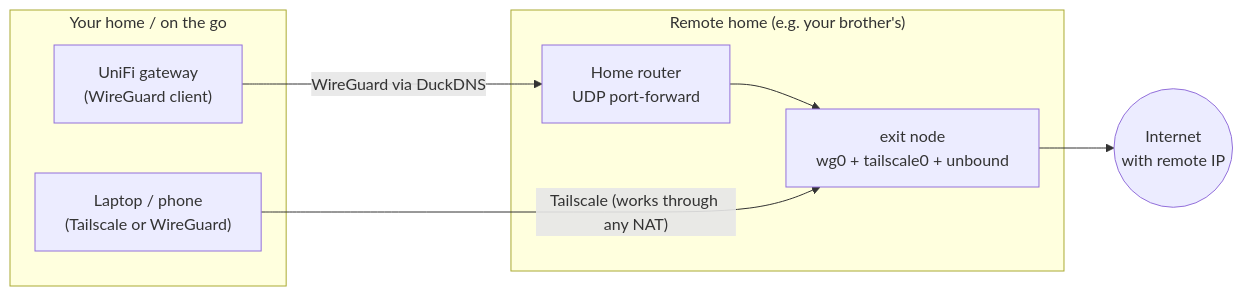
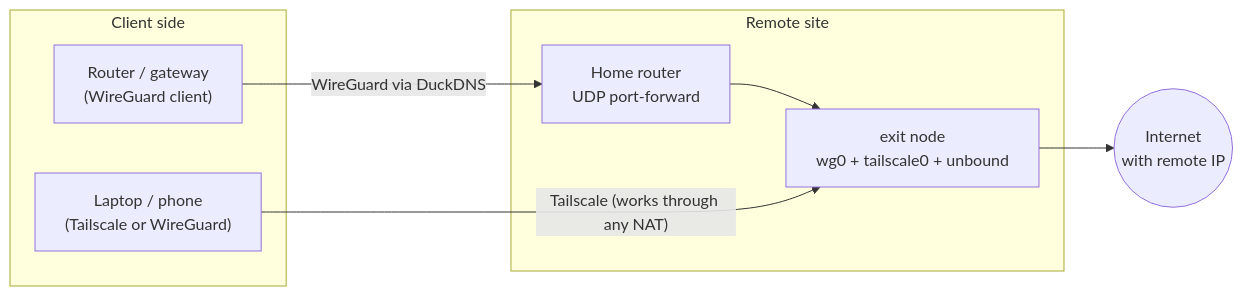
The diagram in README.md (sfai05/remote-exit-node), drawn with Mermaid before and after one commit. The commit also changed other lines of this file and 5 other files, not shown here.

````diff
--- a/README.md
+++ b/README.md
@@ -7,14 +7,14 @@
 ```mermaid
 flowchart LR
-    subgraph You["Your home / on the go"]
-        UniFi["UniFi gateway<br/>(WireGuard client)"]
+    subgraph Client["Client side"]
+        UniFi["Router / gateway<br/>(WireGuard client)"]
         Laptop["Laptop / phone<br/>(Tailscale or WireGuard)"]
     end
-    subgraph Remote["Remote home (e.g. your brother's)"]
+    subgraph Remote["Remote site"]
         Router["Home router<br/>UDP port-forward"]
         Node["exit node<br/>wg0 + tailscale0 + unbound"]
     end
     UniFi -- "WireGuard via DuckDNS" --> Router --> Node
     Laptop -- "Tailscale (works through any NAT)" --> Node
     Node --> Internet(("Internet<br/>with remote IP"))
 ```
````
